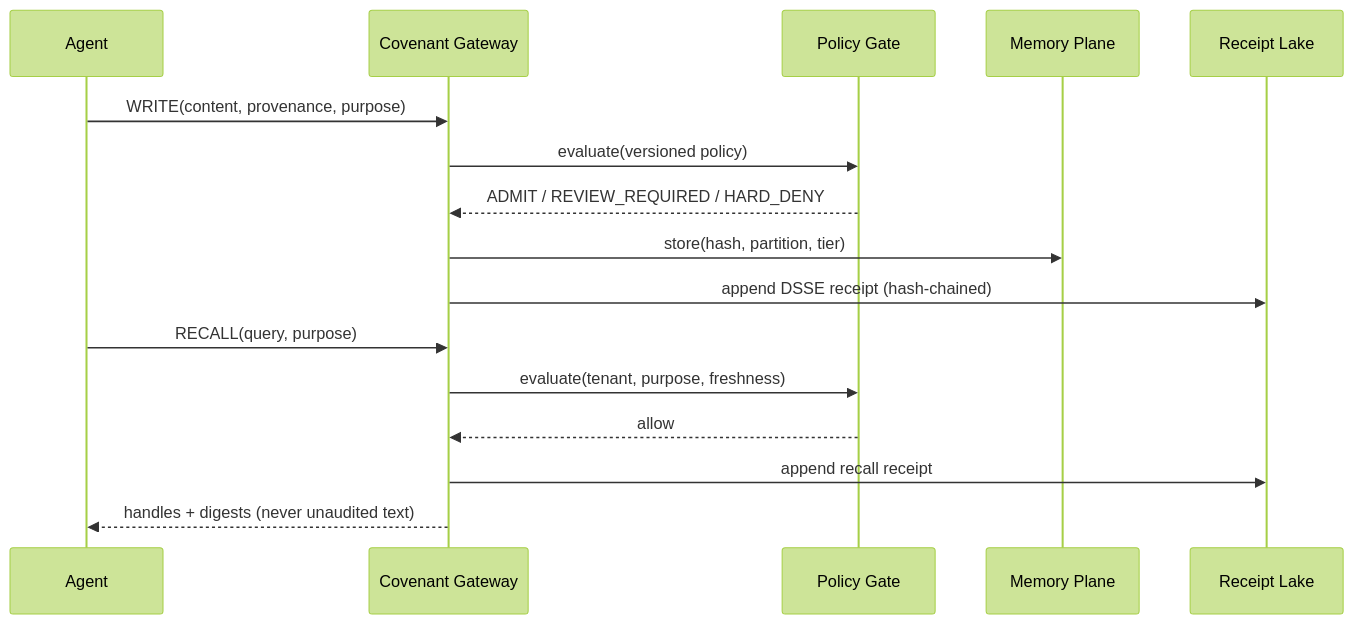
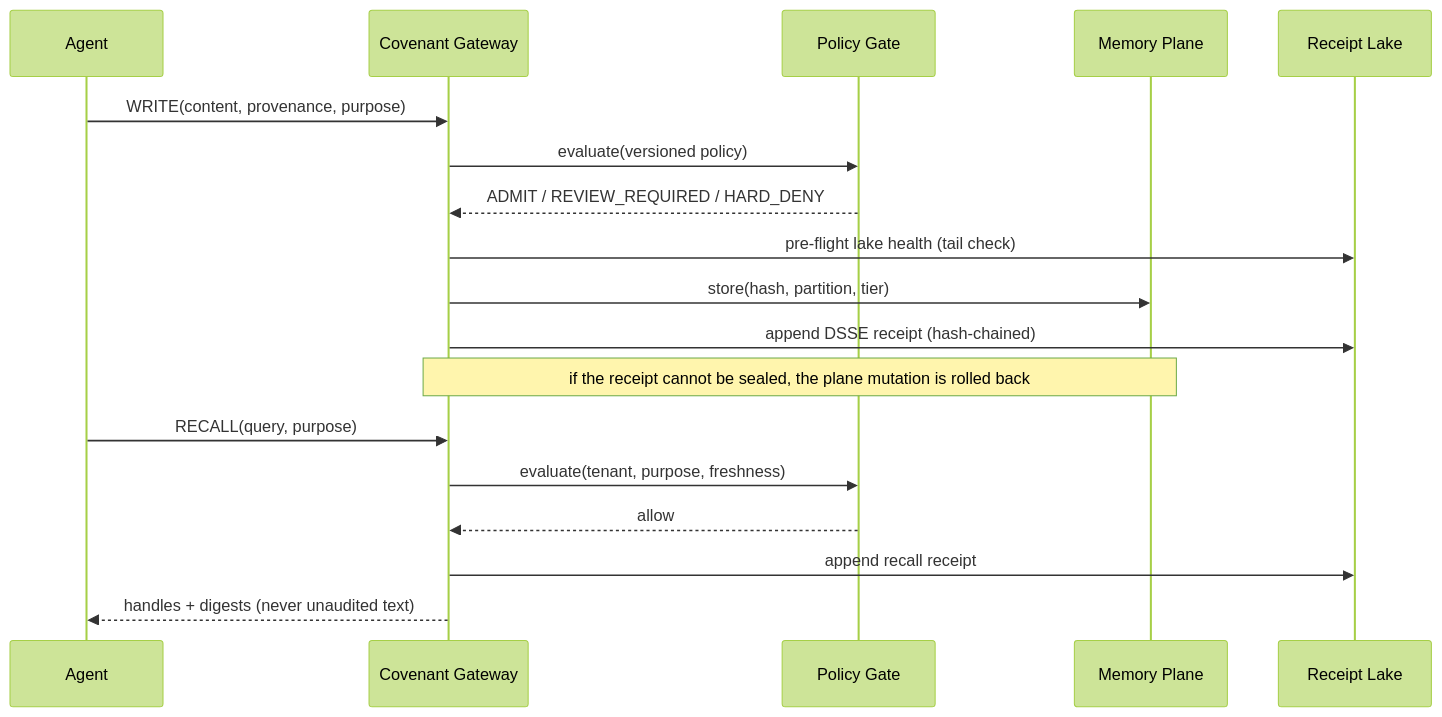
One commit to szl-holdings/szl-frontier changed the second of 2 diagrams in covenant-spec/SPEC.md. Above: the diagram before and after it, drawn with Mermaid (forest theme). The commit also changed other lines of this file and 1 other file, not shown here.

````diff
--- a/covenant-spec/SPEC.md
+++ b/covenant-spec/SPEC.md
@@ -86,18 +86,20 @@
 ```mermaid
 sequenceDiagram
     participant A as Agent
     participant G as Covenant Gateway
     participant P as Policy Gate
     participant M as Memory Plane
     participant L as Receipt Lake
     A->>G: WRITE(content, provenance, purpose)
     G->>P: evaluate(versioned policy)
     P-->>G: ADMIT / REVIEW_REQUIRED / HARD_DENY
+    G->>L: pre-flight lake health (tail check)
     G->>M: store(hash, partition, tier)
     G->>L: append DSSE receipt (hash-chained)
+    Note over G,M: if the receipt cannot be sealed, the plane mutation is rolled back
     A->>G: RECALL(query, purpose)
     G->>P: evaluate(tenant, purpose, freshness)
     P-->>G: allow
     G->>L: append recall receipt
     G-->>A: handles + digests (never unaudited text)
 ```
````
